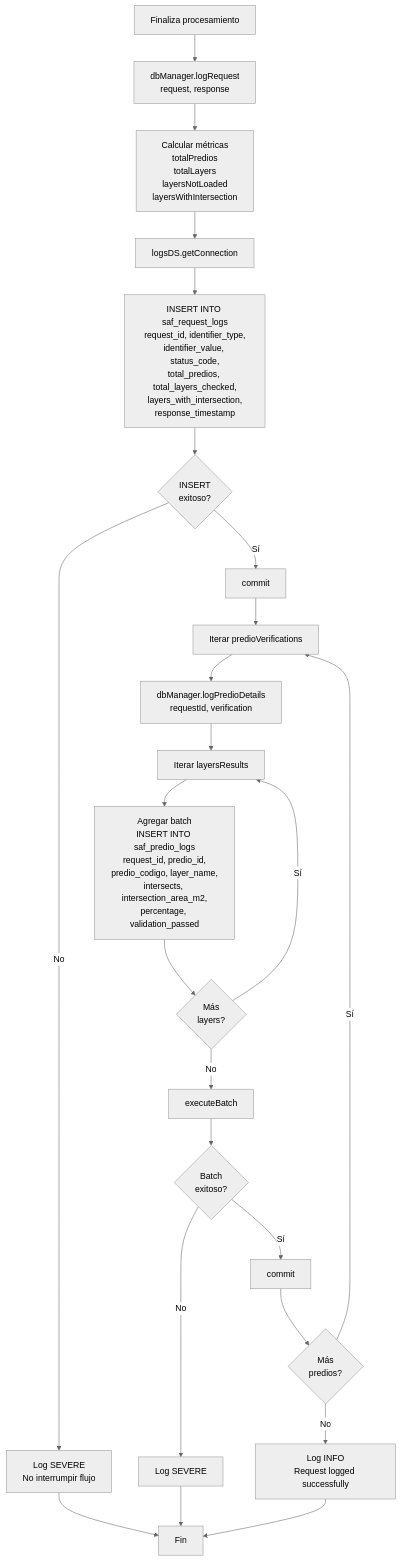
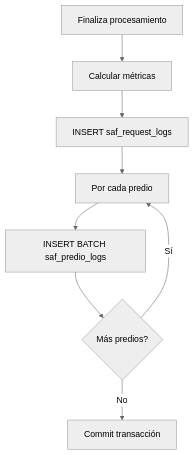
Before and after one commit to Linkmae/validacionCapasBosques: the fifth of 6 diagrams in Documentos/MANUAL_OPERACION_MANTENIMIENTO.md, drawn with Mermaid (neutral theme). The commit also changed other lines of this file, not shown here.

First line of the commit message:
Simplificar diagramas del Manual de Operación y Mantenimiento

````diff
--- a/Documentos/MANUAL_OPERACION_MANTENIMIENTO.md
+++ b/Documentos/MANUAL_OPERACION_MANTENIMIENTO.md
@@ -352,35 +241,10 @@
 ```mermaid
 flowchart TB
-    A[Finaliza procesamiento] --> B[dbManager.logRequest<br/>request, response]
-    
-    B --> C[Calcular métricas<br/>totalPredios<br/>totalLayers<br/>layersNotLoaded<br/>layersWithIntersection]
-    
-    C --> D[logsDS.getConnection]
-    D --> E[INSERT INTO saf_request_logs<br/>request_id, identifier_type,<br/>identifier_value, status_code,<br/>total_predios, total_layers_checked,<br/>layers_with_intersection,<br/>response_timestamp]
-    
-    E --> F{INSERT<br/>exitoso?}
-    F -->|No| G[Log SEVERE<br/>No interrumpir flujo]
-    F -->|Sí| H[commit]
-    
-    H --> I[Iterar predioVerifications]
-    I --> J[dbManager.logPredioDetails<br/>requestId, verification]
-    
-    J --> K[Iterar layersResults]
-    K --> L[Agregar batch<br/>INSERT INTO saf_predio_logs<br/>request_id, predio_id,<br/>predio_codigo, layer_name,<br/>intersects, intersection_area_m2,<br/>percentage, validation_passed]
-    
-    L --> M{Más<br/>layers?}
-    M -->|Sí| K
-    M -->|No| N[executeBatch]
-    
-    N --> O{Batch<br/>exitoso?}
-    O -->|No| P[Log SEVERE]
-    O -->|Sí| Q[commit]
-    
-    Q --> R{Más<br/>predios?}
-    R -->|Sí| I
-    R -->|No| S[Log INFO<br/>Request logged successfully]
-    
-    G --> Z[Fin]
-    P --> Z
-    S --> Z
+    A[Finaliza procesamiento] --> B[Calcular métricas]
+    B --> C[INSERT saf_request_logs]
+    C --> D[Por cada predio]
+    D --> E[INSERT BATCH saf_predio_logs]
+    E --> F{Más predios?}
+    F -->|Sí| D
+    F -->|No| G[Commit transacción]
 ```
````
